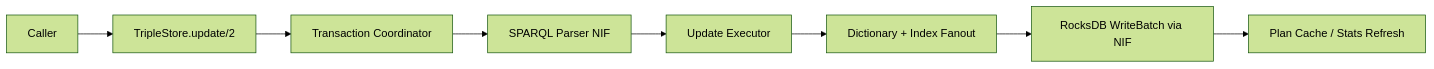
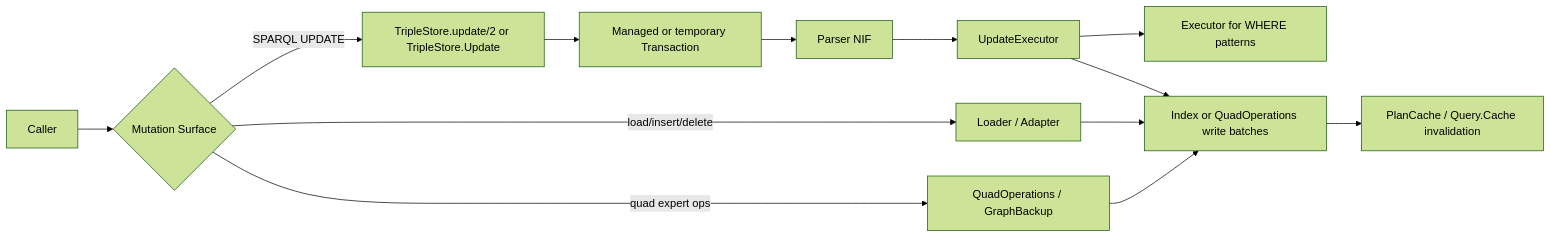
One commit to pcharbon70/triple_store changed the third of 4 diagrams in specs/topology.md. Above: the diagram before and after it, drawn with Mermaid (forest theme). The commit also changed other lines of this file and 25 other files, not shown here.

Commit message:
Backfill specs from current architecture

````diff
--- a/specs/topology.md
+++ b/specs/topology.md
@@ -96,10 +114,17 @@
 ```mermaid
 flowchart LR
-  A["Caller"] --> B["TripleStore.update/2"]
-  B --> C["Transaction Coordinator"]
-  C --> D["SPARQL Parser NIF"]
-  D --> E["Update Executor"]
-  E --> F["Dictionary + Index Fanout"]
-  F --> G["RocksDB WriteBatch via NIF"]
-  G --> H["Plan Cache / Stats Refresh"]
+  A["Caller"] --> B{"Mutation Surface"}
+  B -->|SPARQL UPDATE| C["TripleStore.update/2 or TripleStore.Update"]
+  B -->|load/insert/delete| D["Loader / Adapter"]
+  B -->|quad expert ops| E["QuadOperations / GraphBackup"]
+
+  C --> F["Managed or temporary Transaction"]
+  F --> G["Parser NIF"]
+  G --> H["UpdateExecutor"]
+  H --> I["Executor for WHERE patterns"]
+  H --> J["Index or QuadOperations write batches"]
+  J --> K["PlanCache / Query.Cache invalidation"]
+
+  D --> J
+  E --> J
 ```
````
